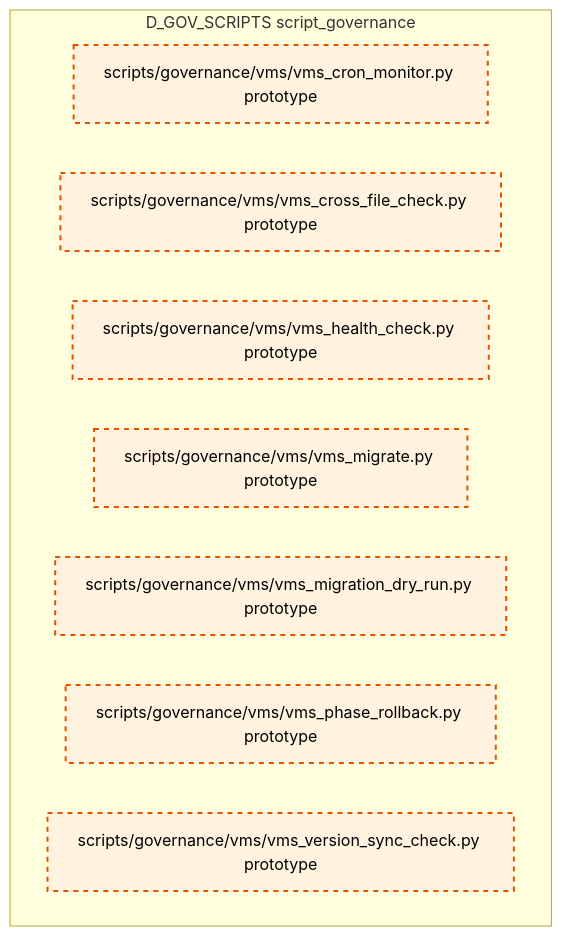
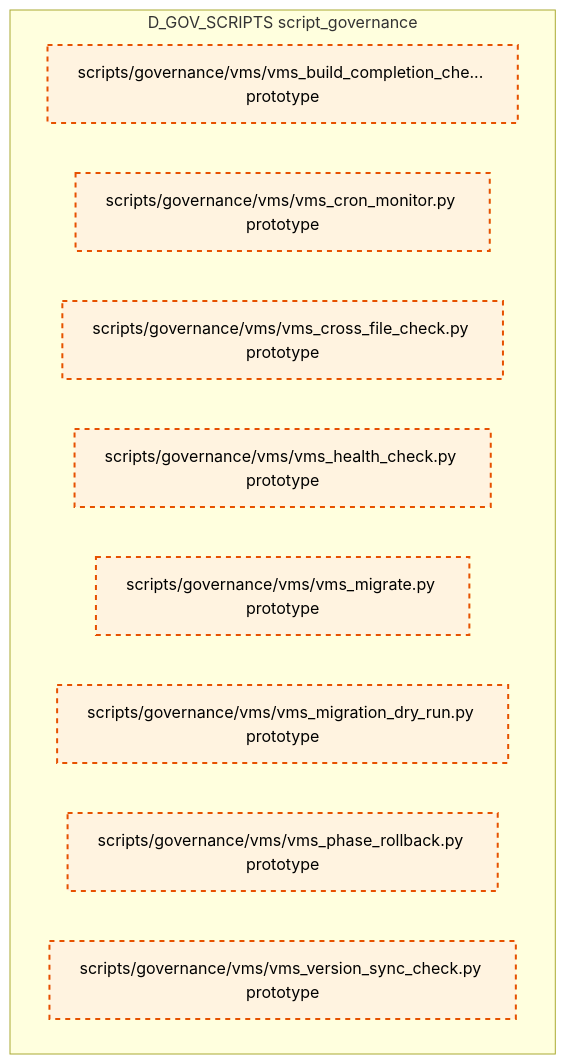
Before and after one commit to xuanFelixVan/ZephyrAlpha: diagram 15 of 15 in docs/02_enterprise_architecture/02_domain_architecture_docs/36_d_gov_scripts.md, drawn with Mermaid. The commit also changed other lines of this file and 99 other files, not shown here.

````diff
--- a/docs/02_enterprise_architecture/02_domain_architecture_docs/36_d_gov_scripts.md
+++ b/docs/02_enterprise_architecture/02_domain_architecture_docs/36_d_gov_scripts.md
@@ -1024,17 +1022,18 @@
 ```mermaid
 graph TD
     subgraph D_GOV_SCRIPTS["D_GOV_SCRIPTS script_governance"]
+        scripts_governance_vms_vms_build_completion_check_py["scripts/governance/vms/vms_build_completion_che... prototype"]
         scripts_governance_vms_vms_cron_monitor_py["scripts/governance/vms/vms_cron_monitor.py prototype"]
         scripts_governance_vms_vms_cross_file_check_py["scripts/governance/vms/vms_cross_file_check.py prototype"]
         scripts_governance_vms_vms_health_check_py["scripts/governance/vms/vms_health_check.py prototype"]
         scripts_governance_vms_vms_migrate_py["scripts/governance/vms/vms_migrate.py prototype"]
         scripts_governance_vms_vms_migration_dry_run_py["scripts/governance/vms/vms_migration_dry_run.py prototype"]
         scripts_governance_vms_vms_phase_rollback_py["scripts/governance/vms/vms_phase_rollback.py prototype"]
         scripts_governance_vms_vms_version_sync_check_py["scripts/governance/vms/vms_version_sync_check.py prototype"]
     end
     classDef production fill:#e1f5fe,stroke:#01579b,stroke-width:2px,color:#000
     classDef design fill:#fff3e0,stroke:#e65100,stroke-width:2px,color:#000,stroke-dasharray: 5 5
     classDef external_prod fill:#e8f5e9,stroke:#1b5e20,stroke-width:1px,color:#000
     classDef external_design fill:#fce4ec,stroke:#880e4f,stroke-width:1px,color:#000,stroke-dasharray: 5 5
-    class scripts_governance_vms_vms_cron_monitor_py,scripts_governance_vms_vms_cross_file_check_py,scripts_governance_vms_vms_health_check_py,scripts_governance_vms_vms_migrate_py,scripts_governance_vms_vms_migration_dry_run_py,scripts_governance_vms_vms_phase_rollback_py,scripts_governance_vms_vms_version_sync_check_py design
+    class scripts_governance_vms_vms_build_completion_check_py,scripts_governance_vms_vms_cron_monitor_py,scripts_governance_vms_vms_cross_file_check_py,scripts_governance_vms_vms_health_check_py,scripts_governance_vms_vms_migrate_py,scripts_governance_vms_vms_migration_dry_run_py,scripts_governance_vms_vms_phase_rollback_py,scripts_governance_vms_vms_version_sync_check_py design
 ```
````
